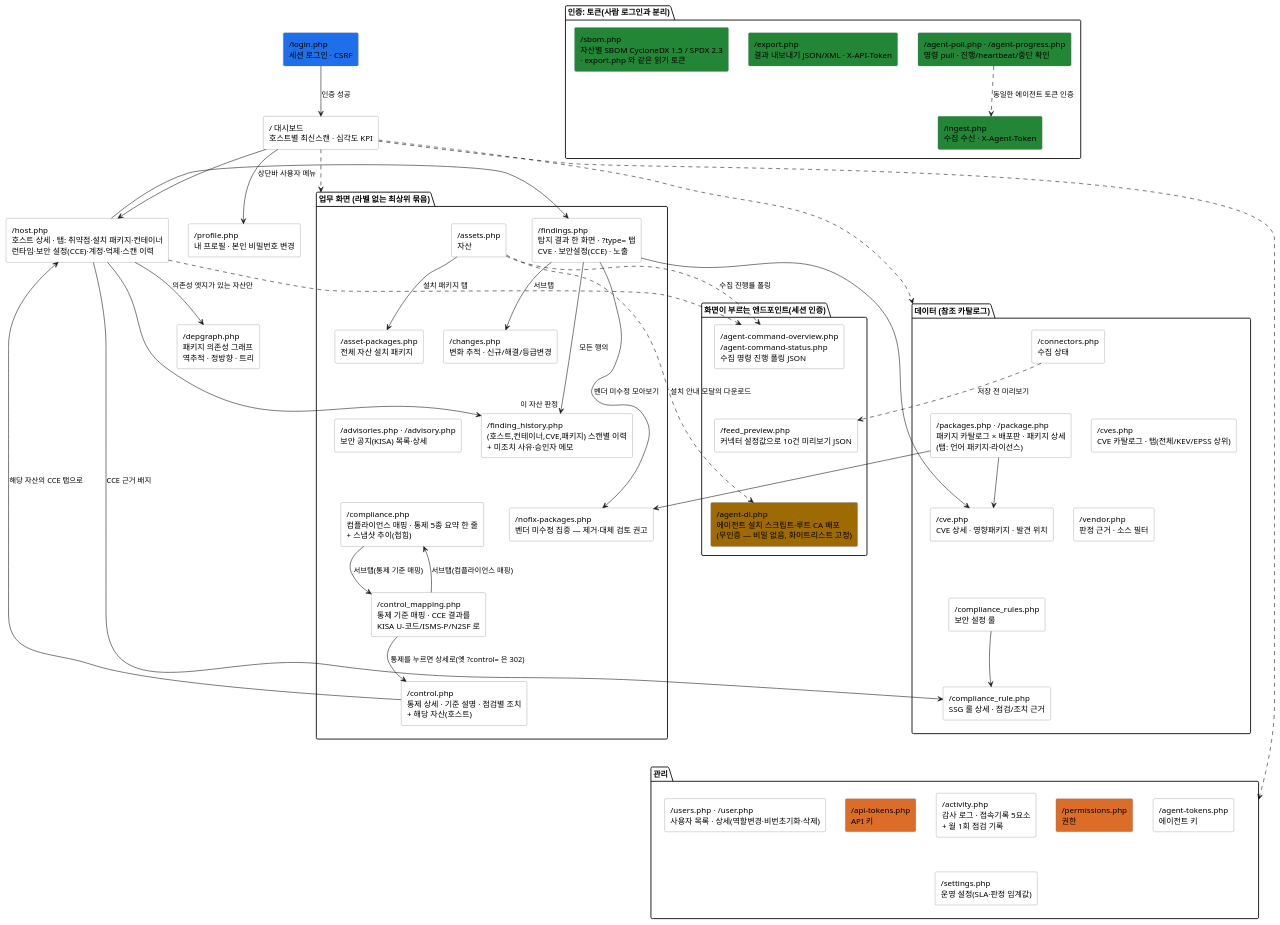
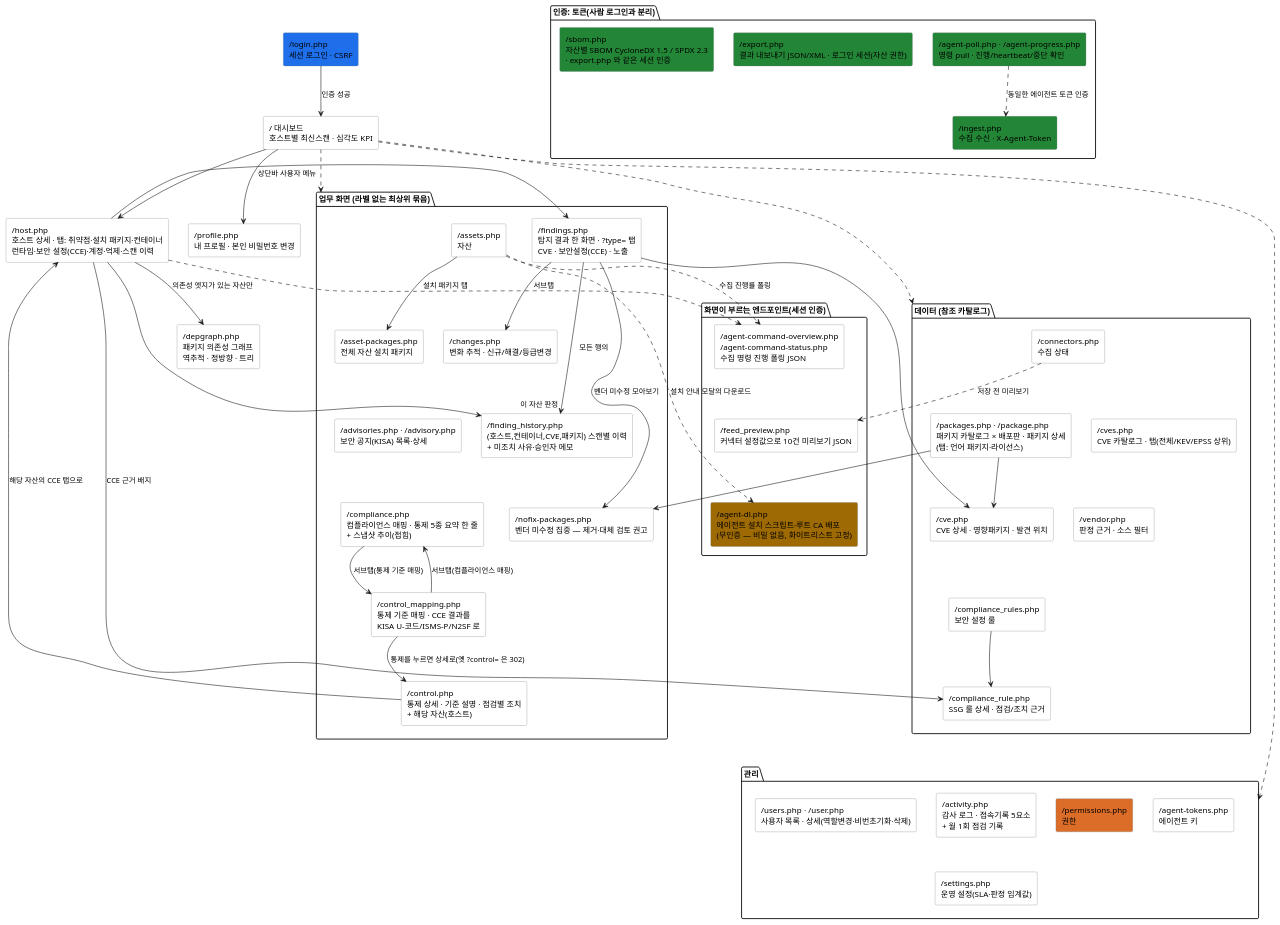
The diagram in docs/specs/diagrams/사이트맵.puml (JeongDoWook/vuln-agent), drawn with PlantUML before and after one commit. The commit also changed 37 other files, not shown here.

First line of the commit message:
chore: API 키 메뉴·코드 폐지 — export/sbom 은 세션 인증, 권한 메뉴코드는 사이드바와 1:1 (#592)

```diff
--- a/docs/specs/diagrams/사이트맵.puml
+++ b/docs/specs/diagrams/사이트맵.puml
@@ -1,131 +1,130 @@
 @startuml 사이트맵
 ' vuln-agent §6 웹 화면 구성 (사이트맵 · 인증)
 ' 원본: docs/dev/architecture.md §6 (mermaid flowchart TD)
 
 skinparam rectangle {
     BackgroundColor #ffffff
     BorderColor #6e7681
 }
 skinparam shadowing false
 
 rectangle "/login.php\n세션 로그인 · CSRF" as LOGIN #1f6feb
 rectangle "/ 대시보드\n호스트별 최신스캔 · 심각도 KPI" as DASH
 rectangle "/host.php\n호스트 상세 · 탭: 취약점·설치 패키지·컨테이너\n런타임·보안 설정(CCE)·계정·억제·스캔 이력" as HOST
 ' 사이드바 밖 — 상단바 사용자 메뉴. 로그인 사용자 전원(메뉴 권한 없음).
 rectangle "/profile.php\n내 프로필 · 본인 비밀번호 변경" as PROF
 ' 사이드바에 없다 — 엣지가 (스캔 × 컨테이너) 단위라 자산 상세에서만 들어간다.
 rectangle "/depgraph.php\n패키지 의존성 그래프\n역추적 · 정방향 · 트리" as DEP
 
 ' 내 자산에 관한 사실을 다루는 화면 — 사이드바에서 라벨 없이 항상 펼쳐져 있다.
 package "업무 화면 (라벨 없는 최상위 묶음)" as Work {
     rectangle "/findings.php\n탐지 결과 한 화면 · ?type= 탭\nCVE · 보안설정(CCE) · 노출" as FIND
     rectangle "/changes.php\n변화 추적 · 신규/해결/등급변경" as CHG
     rectangle "/finding_history.php\n(호스트,컨테이너,CVE,패키지) 스캔별 이력\n+ 미조치 사유·승인자 메모" as FHIST
     rectangle "/nofix-packages.php\n벤더 미수정 집중 — 제거·대체 검토 권고" as NOFIX
     rectangle "/assets.php\n자산" as ASSETS
     rectangle "/asset-packages.php\n전체 자산 설치 패키지" as APKG
     rectangle "/advisories.php · /advisory.php\n보안 공지(KISA) 목록·상세" as ADV
     rectangle "/compliance.php\n컴플라이언스 매핑 · 통제 5종 요약 한 줄\n+ 스냅샷 추이(접힘)" as CMAP
     rectangle "/control_mapping.php\n통제 기준 매핑 · CCE 결과를\nKISA U-코드/ISMS-P/N2SF 로" as CTRL
     rectangle "/control.php\n통제 상세 · 기준 설명 · 점검별 조치\n+ 해당 자산(호스트)" as CDET
 }
 
 ' 외부에서 받아온 참조 카탈로그 — "피드가 제대로 들어왔는지" 를 보는 자리다(업무 화면이 아니다).
 package "데이터 (참조 카탈로그)" as Data {
     rectangle "/connectors.php\n수집 상태" as CONN
     rectangle "/cves.php\nCVE 카탈로그 · 탭(전체/KEV/EPSS 상위)" as CVES
     rectangle "/cve.php\nCVE 상세 · 영향패키지 · 발견 위치" as CVE
     rectangle "/packages.php · /package.php\n패키지 카탈로그 × 배포판 · 패키지 상세\n(탭: 언어 패키지·라이선스)" as PKG
     rectangle "/vendor.php\n판정 근거 · 소스 필터" as VEND
     rectangle "/compliance_rules.php\n보안 설정 룰" as CRULES
     rectangle "/compliance_rule.php\nSSG 룰 상세 · 점검/조치 근거" as CRULE
 }
 
 package "관리" as Admin {
     rectangle "/users.php · /user.php\n사용자 목록 · 상세(역할변경·비번초기화·삭제)" as USERS
     rectangle "/permissions.php\n권한" as PERM #db6d28
     rectangle "/agent-tokens.php\n에이전트 키" as ATOK
-    rectangle "/api-tokens.php\nAPI 키" as TOK #db6d28
     rectangle "/activity.php\n감사 로그 · 접속기록 5요소\n+ 월 1회 점검 기록" as ACT
     rectangle "/settings.php\n운영 설정(SLA·판정 임계값)" as SET
 }
 
 package "인증: 토큰(사람 로그인과 분리)" as API {
     rectangle "/ingest.php\n수집 수신 · X-Agent-Token" as ING #238636
     rectangle "/agent-poll.php · /agent-progress.php\n명령 pull · 진행/heartbeat/중단 확인" as APOLL #238636
-    rectangle "/export.php\n결과 내보내기 JSON/XML · X-API-Token" as EXP #238636
-    rectangle "/sbom.php\n자산별 SBOM CycloneDX 1.5 / SPDX 2.3\n· export.php 와 같은 읽기 토큰" as SBOM #238636
+    rectangle "/export.php\n결과 내보내기 JSON/XML · 로그인 세션(자산 권한)" as EXP #238636
+    rectangle "/sbom.php\n자산별 SBOM CycloneDX 1.5 / SPDX 2.3\n· export.php 와 같은 세션 인증" as SBOM #238636
 }
 
 ' 화면이 아니라 화면이 부르는 엔드포인트다. 사람이 주소창에 치는 곳이 아니라서 사이드바에 없다.
 package "화면이 부르는 엔드포인트(세션 인증)" as Xhr {
     rectangle "/agent-command-overview.php\n/agent-command-status.php\n수집 명령 진행 폴링 JSON" as ACMD
     rectangle "/feed_preview.php\n커넥터 설정값으로 10건 미리보기 JSON" as FPRE
     rectangle "/agent-dl.php\n에이전트 설치 스크립트·루트 CA 배포\n(무인증 — 비밀 없음, 화이트리스트 고정)" as ADL #9e6a03
 }
 
 LOGIN --> DASH : 인증 성공
 DASH --> PROF : 상단바 사용자 메뉴
 
 DASH --> HOST
 ASSETS --> APKG : 설치 패키지 탭
 HOST --> FIND
 FIND --> CVE
 FIND --> CHG : 서브탭
 FIND --> FHIST : 모든 행의 "이 자산 판정"
 HOST --> FHIST
 HOST --> DEP : 의존성 엣지가 있는 자산만
 FIND --> NOFIX : 벤더 미수정 모아보기
 PKG --> NOFIX
 HOST --> CRULE : CCE 근거 배지
 CRULES --> CRULE
 PKG --> CVE
 CMAP --> CTRL : 서브탭(통제 기준 매핑)
 CTRL --> CMAP : 서브탭(컴플라이언스 매핑)
 CTRL --> CDET : 통제를 누르면 상세로(옛 ?control= 은 302)
 CDET --> HOST : 해당 자산의 CCE 탭으로
 
 ' 한 줄로 늘어놓으면 그림이 옆으로 길어진다 → 묶음마다 두 칸으로 접는다(보이지 않는 배치용 선).
 '   업무: 칸1 FIND-CHG-FHIST-NOFIX · 칸2 ASSETS-APKG-ADV-CMAP-CTRL-CDET
 FIND  -[hidden]down- CHG
 CHG   -[hidden]down- FHIST
 FHIST -[hidden]down- NOFIX
 ASSETS -[hidden]down- APKG
 APKG  -[hidden]down- ADV
 ADV   -[hidden]down- CMAP
 CMAP  -[hidden]down- CTRL
 CTRL  -[hidden]down- CDET
 '   데이터: 칸1 CONN-CVES-CVE · 칸2 PKG-VEND-CRULES-CRULE
 CONN -[hidden]down- CVES
 CVES -[hidden]down- CVE
 PKG  -[hidden]down- VEND
 VEND -[hidden]down- CRULES
 CRULES -[hidden]down- CRULE
 
 ' 엔드포인트 3개도 한 줄로 두면 옆으로 길어진다 → 세로로 접는다.
 ACMD -[hidden]down- FPRE
 FPRE -[hidden]down- ADL
 
 DASH ..> Work
 DASH ..> Data
 DASH ..> Admin
 
 ' 대분류를 한 줄로 늘어놓으면 그림이 화면 밖으로 나간다 → 아래 줄로 접는다.
 CDET  -[hidden]down- USERS
 CRULE -[hidden]down- ATOK
 CRULE -[hidden]down- ACT
 ACT   -[hidden]down- SET
 
 APOLL ..> ING : 동일한 에이전트 토큰 인증
 
 ASSETS ..> ACMD : 수집 진행률 폴링
 HOST   ..> ACMD
 ASSETS ..> ADL : 설치 안내 모달의 다운로드
 CONN   ..> FPRE : 저장 전 미리보기
 
 ' ── 사이트맵에 넣지 않은 URL ─────────────────────────────
 ' /index.php  : 대시보드(DASH) 그 자체다 — 같은 화면을 두 번 그리지 않는다.
 ' /logout.php : 화면이 아니라 세션 파기 후 /login.php 로 보내는 리다이렉트다.
 ' /language-packages.php : 옛 링크·북마크 호환용 302 shim. 실제 화면은 /packages.php?tab=lang(PKG)로 흡수됐다.
 
 @enduml
```
